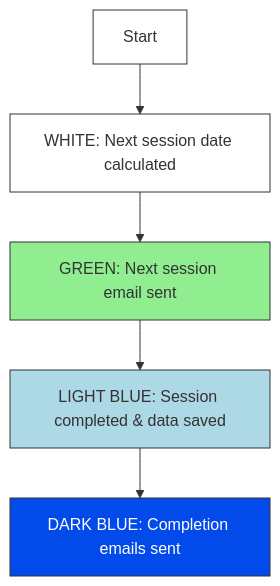
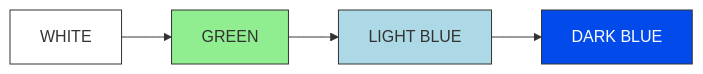
Before and after one commit to ibrahimberb/gable-preview: the first of 7 diagrams in README.md, drawn with Mermaid. The commit also changed other lines of this file, not shown here.

````diff
--- a/README.md
+++ b/README.md
@@ -149,13 +160,11 @@
 ```mermaid
-graph TD;
-    A["Start"] --> B["WHITE: Next session date calculated"];
-    B --> C["GREEN: Next session email sent"];
-    C --> D["LIGHT BLUE: Session completed & data saved"];
-    D --> E["DARK BLUE: Completion emails sent"];
+graph LR;
+    A[WHITE] --> B[GREEN];
+    B --> C[LIGHT BLUE];
+    C --> D[DARK BLUE];
     
     style A fill:#fff,stroke:#333;
-    style B fill:#fff,stroke:#333;
-    style C fill:#90EE90,stroke:#333;
-    style D fill:#ADD8E6,stroke:#333;
-    style E fill:#034AEA,color:#fff,stroke:#333;
+    style B fill:#90EE90,stroke:#333;
+    style C fill:#ADD8E6,stroke:#333;
+    style D fill:#034AEA,color:#fff,stroke:#333;
 ```
````
